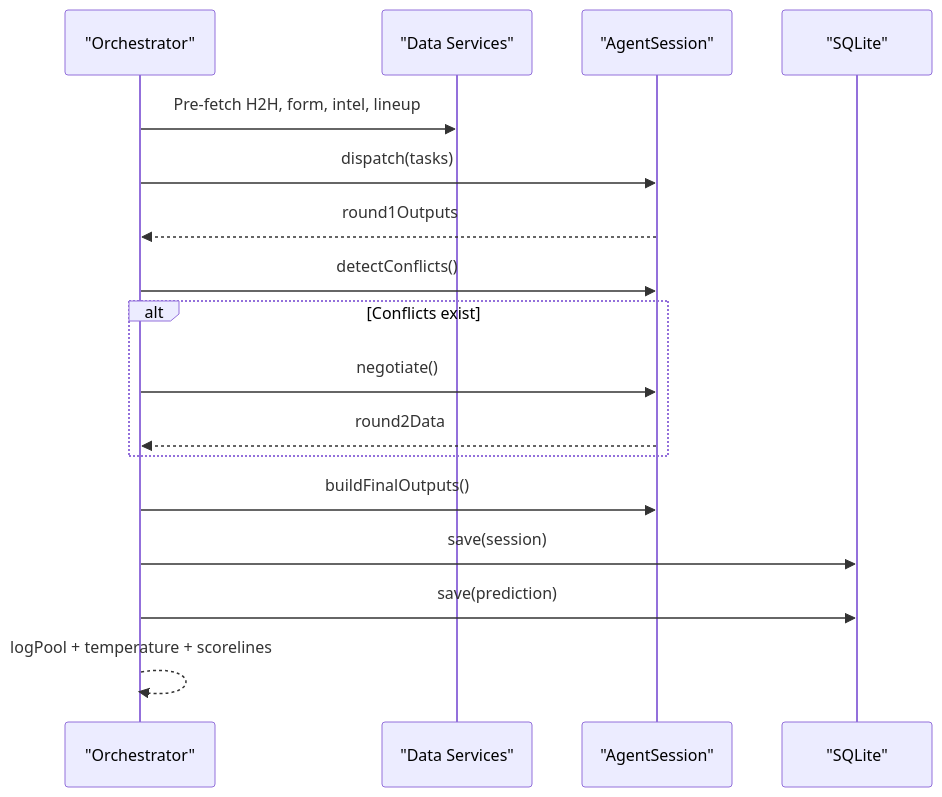
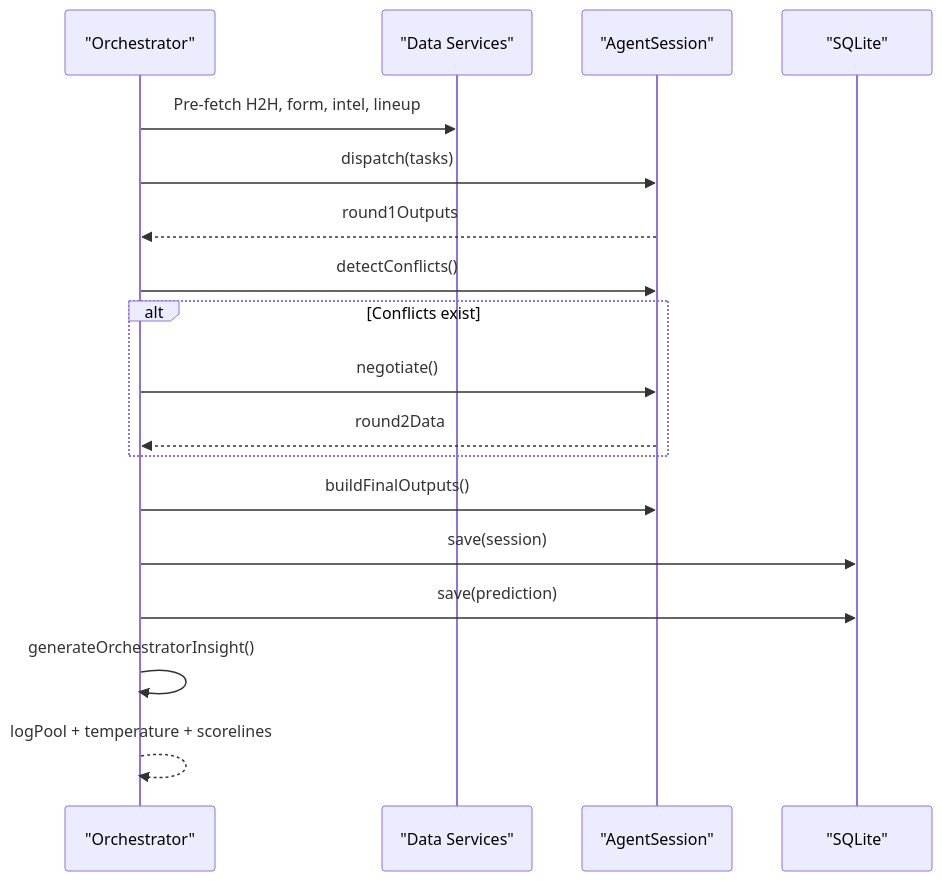
One commit to cheesiong/WC26-qwen changed the ninth of 10 diagrams in .qoder/repowiki/en/content/Multi-Agent AI System/Multi-Agent AI System.md. Above: the diagram before and after it, drawn with Mermaid. The commit also changed other lines of this file and 49 other files, not shown here.

````diff
--- a/.qoder/repowiki/en/content/Multi-Agent AI System/Multi-Agent AI System.md
+++ b/.qoder/repowiki/en/content/Multi-Agent AI System/Multi-Agent AI System.md
@@ -338,19 +354,20 @@
 ```mermaid
 sequenceDiagram
 participant O as "Orchestrator"
 participant DS as "Data Services"
 participant S as "AgentSession"
 participant DB as "SQLite"
 O->>DS : Pre-fetch H2H, form, intel, lineup
 O->>S : dispatch(tasks)
 S-->>O : round1Outputs
 O->>S : detectConflicts()
 alt Conflicts exist
 O->>S : negotiate()
 S-->>O : round2Data
 end
 O->>S : buildFinalOutputs()
 O->>DB : save(session)
 O->>DB : save(prediction)
+O->>O : generateOrchestratorInsight()
 O-->>O : logPool + temperature + scorelines
 ```
````
